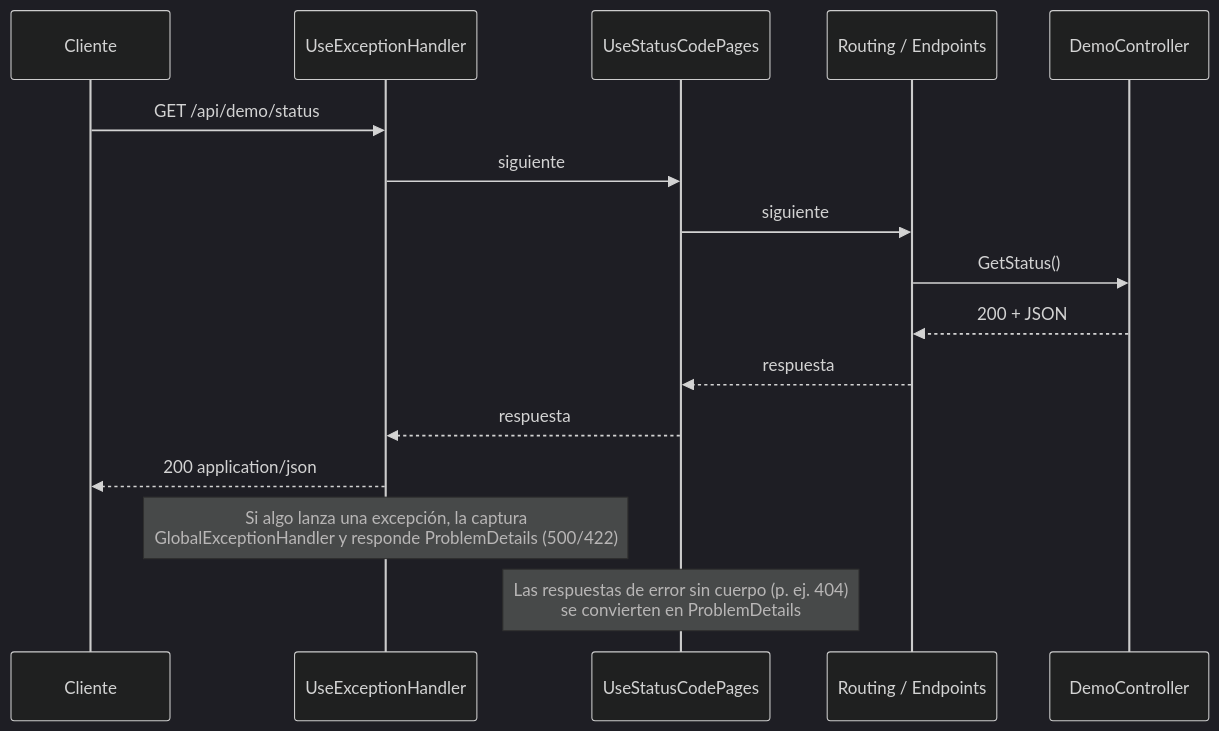
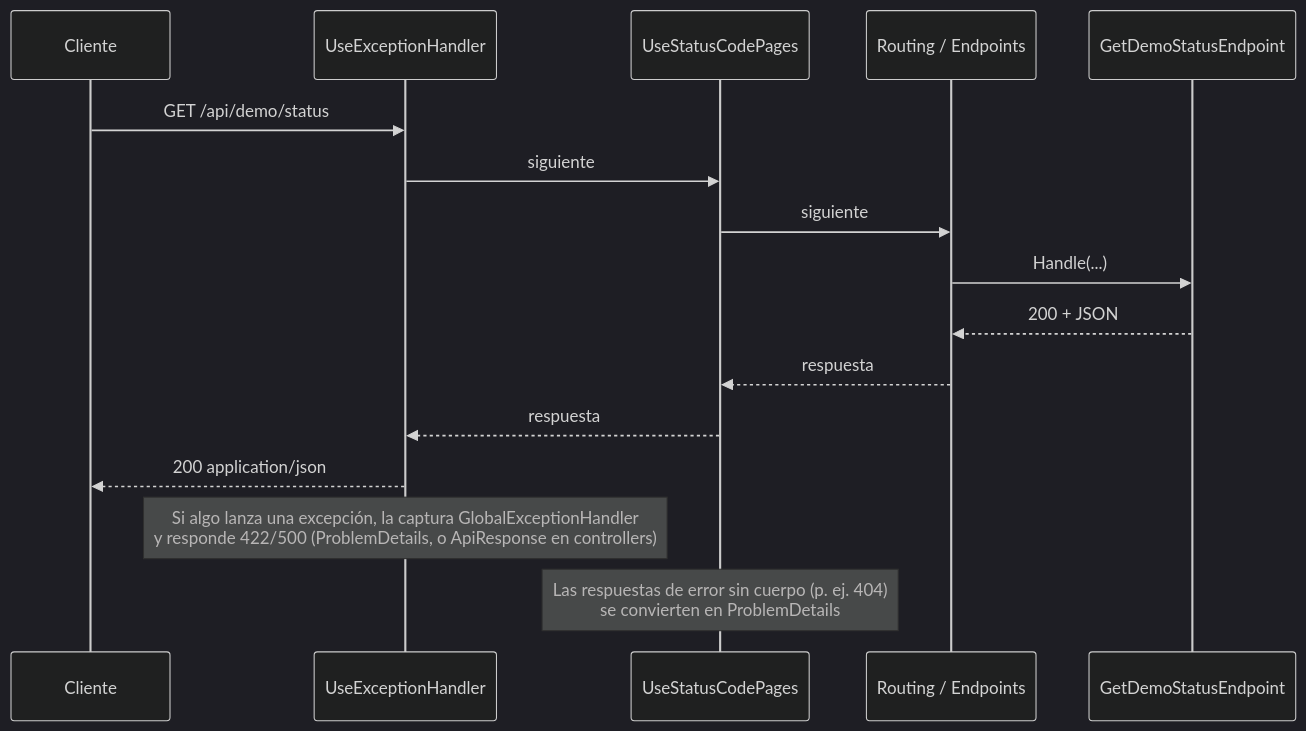
The third of 3 diagrams in docs/sessions/session-01.md (dalza1601/social-management), drawn with Mermaid (dark theme) before and after one commit. The commit also changed other lines of this file and 131 other files, not shown here.

First line of the commit message:
Add unit tests for source file conventions, API controllers, and domain entities

````diff
--- a/docs/sessions/session-01.md
+++ b/docs/sessions/session-01.md
@@ -162,18 +200,18 @@
 ```mermaid
 sequenceDiagram
     participant C as Cliente
     participant EH as UseExceptionHandler
     participant SC as UseStatusCodePages
     participant R as Routing / Endpoints
-    participant DC as DemoController
+    participant DC as GetDemoStatusEndpoint
     C->>EH: GET /api/demo/status
     EH->>SC: siguiente
     SC->>R: siguiente
-    R->>DC: GetStatus()
+    R->>DC: Handle(...)
     DC-->>R: 200 + JSON
     R-->>SC: respuesta
     SC-->>EH: respuesta
     EH-->>C: 200 application/json
-    Note over EH: Si algo lanza una excepción, la captura<br/>GlobalExceptionHandler y responde ProblemDetails (500/422)
+    Note over EH: Si algo lanza una excepción, la captura GlobalExceptionHandler<br/>y responde 422/500 (ProblemDetails, o ApiResponse en controllers)
     Note over SC: Las respuestas de error sin cuerpo (p. ej. 404)<br/>se convierten en ProblemDetails
 ```
````
